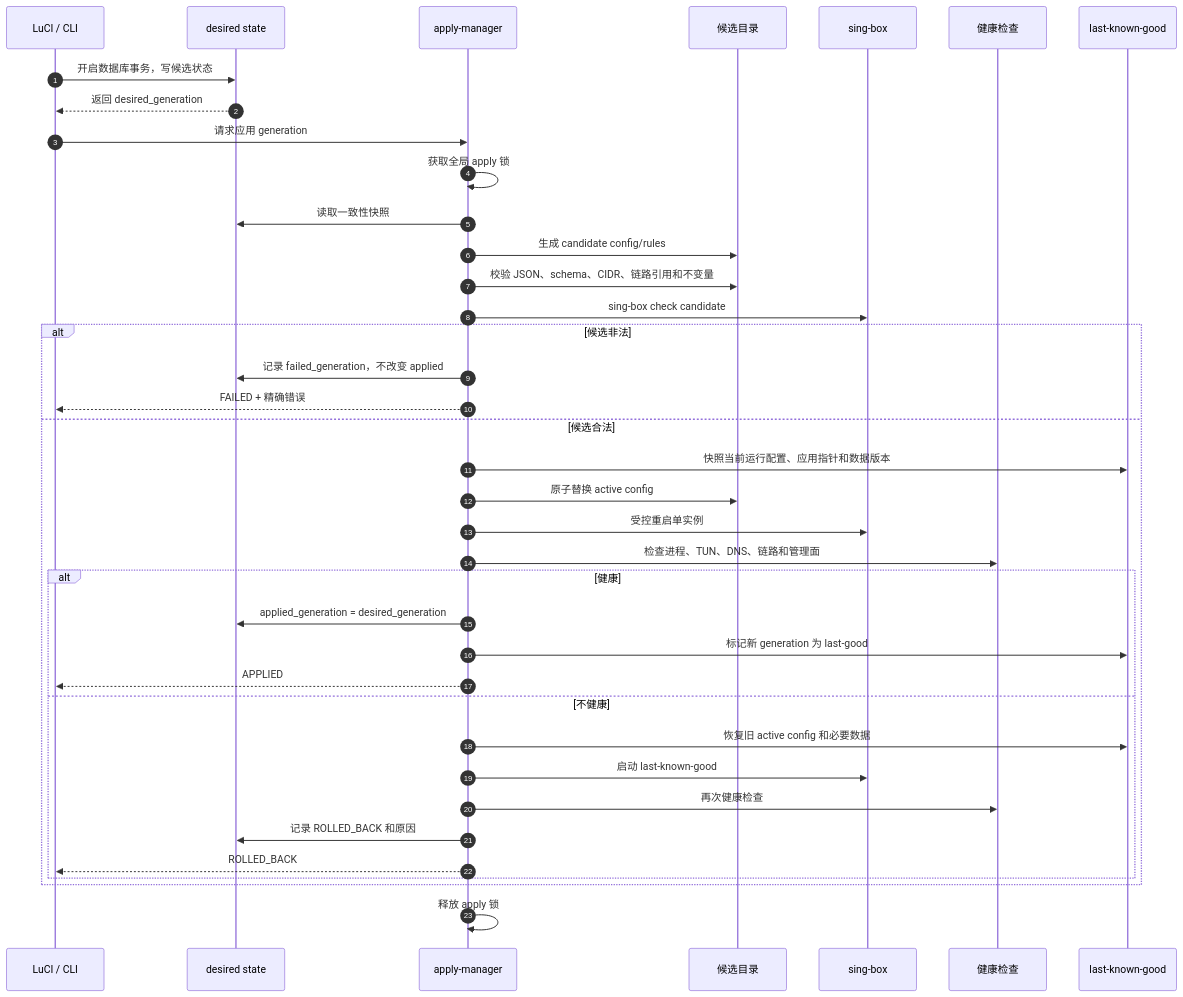
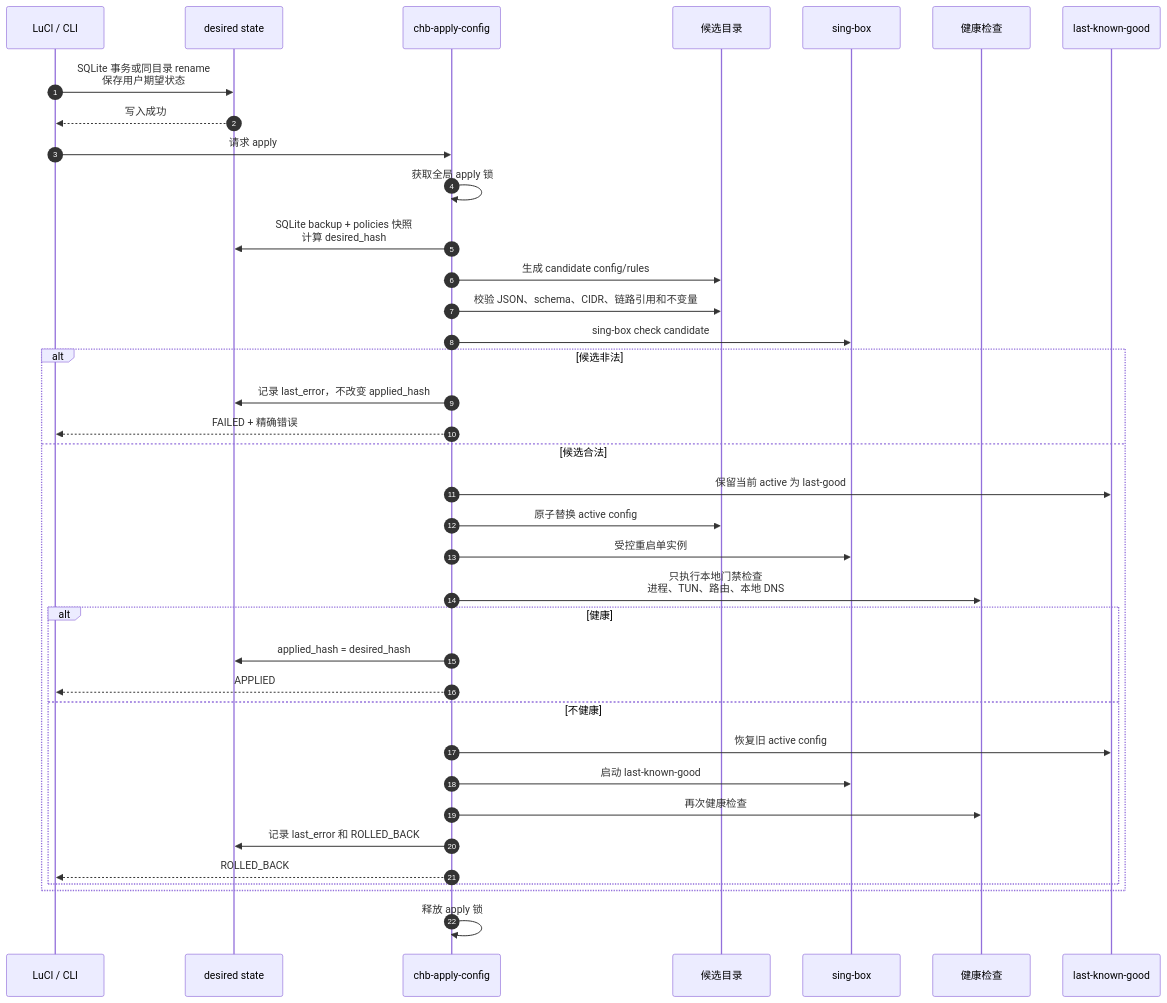
Before and after one commit to whalestore/vps-deployment-script: diagram 12 of 13 in docs/superpowers/specs/2026-07-28-runtime-network-isolation-design.md, drawn with Mermaid. The commit also changed other lines of this file, not shown here.

````diff
--- a/docs/superpowers/specs/2026-07-28-runtime-network-isolation-design.md
+++ b/docs/superpowers/specs/2026-07-28-runtime-network-isolation-design.md
@@ -532,41 +592,40 @@
 ```mermaid
 sequenceDiagram
     autonumber
     participant UI as LuCI / CLI
     participant DB as desired state
-    participant A as apply-manager
+    participant A as chb-apply-config
     participant C as 候选目录
     participant S as sing-box
     participant H as 健康检查
     participant L as last-known-good
 
-    UI->>DB: 开启数据库事务，写候选状态
-    DB-->>UI: 返回 desired_generation
-    UI->>A: 请求应用 generation
+    UI->>DB: SQLite 事务或同目录 rename<br/>保存用户期望状态
+    DB-->>UI: 写入成功
+    UI->>A: 请求 apply
     A->>A: 获取全局 apply 锁
-    A->>DB: 读取一致性快照
+    A->>DB: SQLite backup + policies 快照<br/>计算 desired_hash
     A->>C: 生成 candidate config/rules
     A->>C: 校验 JSON、schema、CIDR、链路引用和不变量
     A->>S: sing-box check candidate
     alt 候选非法
-        A->>DB: 记录 failed_generation，不改变 applied
+        A->>DB: 记录 last_error，不改变 applied_hash
         A-->>UI: FAILED + 精确错误
     else 候选合法
-        A->>L: 快照当前运行配置、应用指针和数据版本
+        A->>L: 保留当前 active 为 last-good
         A->>C: 原子替换 active config
         A->>S: 受控重启单实例
-        A->>H: 检查进程、TUN、DNS、链路和管理面
+        A->>H: 只执行本地门禁检查<br/>进程、TUN、路由、本地 DNS
         alt 健康
-            A->>DB: applied_generation = desired_generation
-            A->>L: 标记新 generation 为 last-good
+            A->>DB: applied_hash = desired_hash
             A-->>UI: APPLIED
         else 不健康
-            A->>L: 恢复旧 active config 和必要数据
+            A->>L: 恢复旧 active config
             A->>S: 启动 last-known-good
             A->>H: 再次健康检查
-            A->>DB: 记录 ROLLED_BACK 和原因
+            A->>DB: 记录 last_error 和 ROLLED_BACK
             A-->>UI: ROLLED_BACK
         end
     end
     A->>A: 释放 apply 锁
 ```
````
